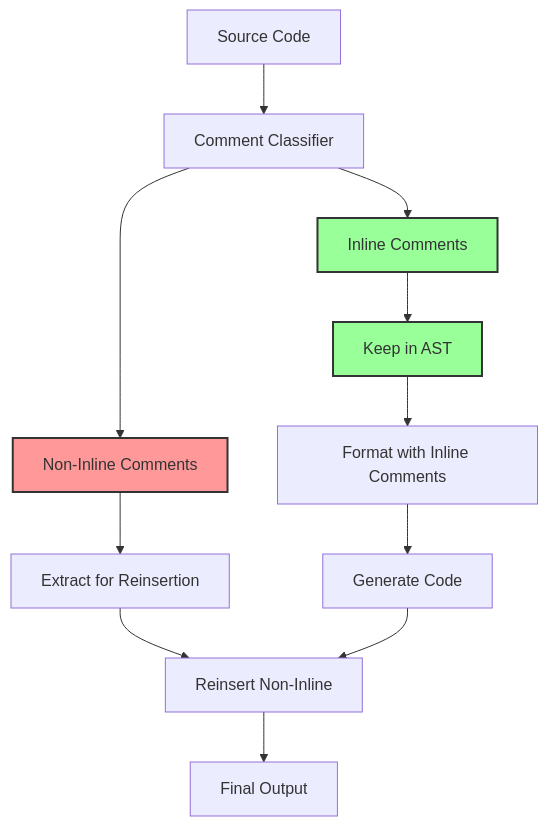
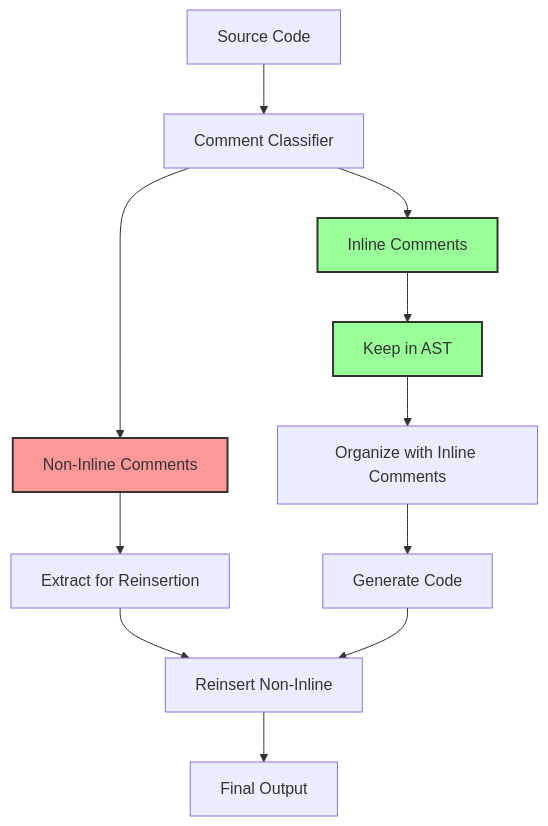
Before and after one commit to skeswa/krokfmt: the tenth of 19 diagrams in docs/design.md, drawn with Mermaid. The commit also changed other lines of this file and 14 other files, not shown here.

````diff
--- a/docs/design.md
+++ b/docs/design.md
@@ -387,20 +413,20 @@
 ```mermaid
 graph TD
     SC[Source Code] --> CL[Comment Classifier]
     CL --> IC[Inline Comments]
     CL --> NIC[Non-Inline Comments]
     
     IC --> AST[Keep in AST]
     NIC --> EX[Extract for Reinsertion]
     
-    AST --> FMT[Format with Inline Comments]
-    FMT --> GEN[Generate Code]
+    AST --> ORG[Organize with Inline Comments]
+    ORG --> GEN[Generate Code]
     
     EX --> RI[Reinsert Non-Inline]
     GEN --> RI
     RI --> OUT[Final Output]
     
     style IC fill:#9f9,stroke:#333,stroke-width:2px
     style AST fill:#9f9,stroke:#333,stroke-width:2px
     style NIC fill:#f99,stroke:#333,stroke-width:2px
 ```
````
